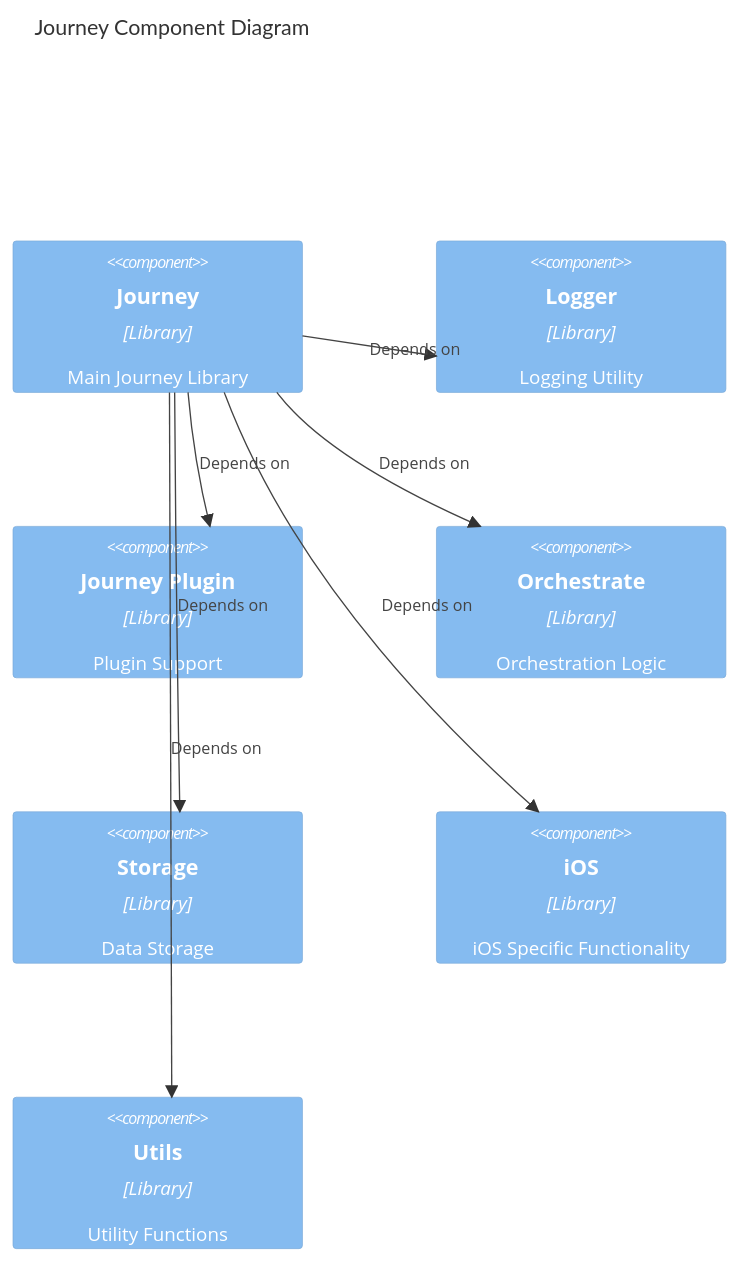
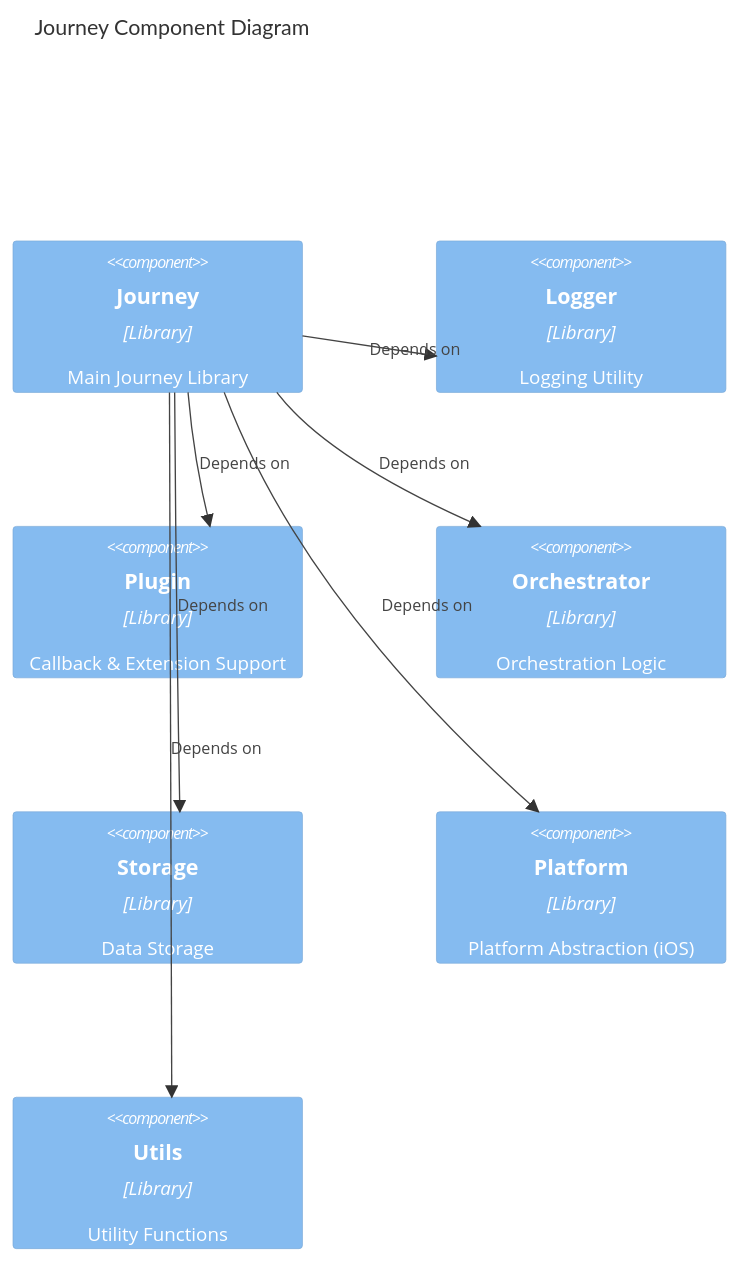
Before and after one commit to ForgeRock/ping-ios-sdk: the second of 2 diagrams in Journey/README.md, drawn with Mermaid. The commit also changed other lines of this file and 3 other files, not shown here.

````diff
--- a/Journey/README.md
+++ b/Journey/README.md
@@ -397,18 +461,17 @@
 ```mermaid
 C4Context
     title Journey Component Diagram
     Component(journey, "Journey", "Library", "Main Journey Library")
     Component(logger, "Logger", "Library", "Logging Utility")
-    Component(journey_plugin, "Journey Plugin", "Library", "Plugin Support")
-    Component(orchestrate, "Orchestrate", "Library", "Orchestration Logic")
+    Component(plugin, "Plugin", "Library", "Callback & Extension Support")
+    Component(orchestrator, "Orchestrator", "Library", "Orchestration Logic")
     Component(storage, "Storage", "Library", "Data Storage")
-    Component(ios, "iOS", "Library", "iOS Specific Functionality")
+    Component(platform, "Platform", "Library", "Platform Abstraction (iOS)")
     Component(utils, "Utils", "Library", "Utility Functions")
     Rel(journey, logger, "Depends on")
-    Rel(journey, journey_plugin, "Depends on")
-    Rel(journey, orchestrate, "Depends on")
+    Rel(journey, plugin, "Depends on")
+    Rel(journey, orchestrator, "Depends on")
     Rel(journey, storage, "Depends on")
-    Rel(journey, ios, "Depends on")
+    Rel(journey, platform, "Depends on")
     Rel(journey, utils, "Depends on")
-
 ```
````
